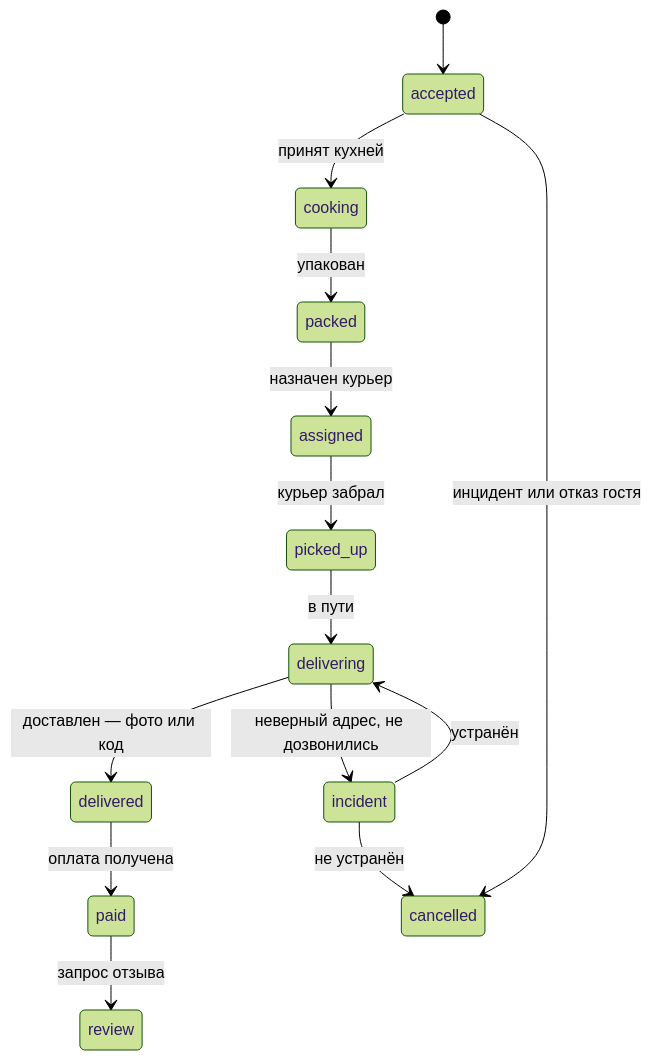
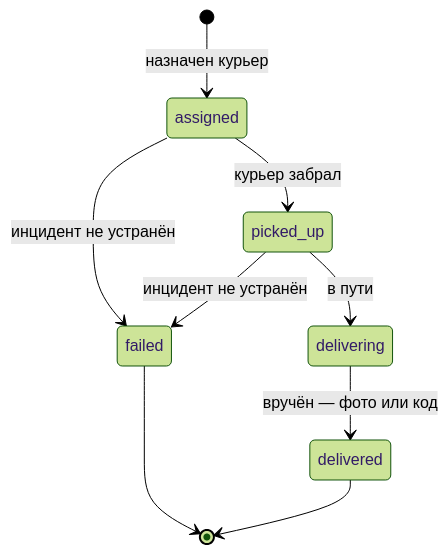
One commit to bestdeejay-design/lovii-crm changed the second of 2 diagrams in docs/research/components/05-delivery-couriers.md. Above: the diagram before and after it, drawn with Mermaid (forest theme). The commit also changed other lines of this file and 70 other files, not shown here.

````diff
--- a/docs/research/components/05-delivery-couriers.md
+++ b/docs/research/components/05-delivery-couriers.md
@@ -14,16 +29,11 @@
 ```mermaid
 stateDiagram-v2
-    [*] --> accepted
-    accepted --> cooking: принят кухней
-    cooking --> packed: упакован
-    packed --> assigned: назначен курьер
-    assigned --> picked_up: курьер забрал
-    picked_up --> delivering: в пути
-    delivering --> delivered: доставлен — фото или код
-    delivered --> paid: оплата получена
-    paid --> review: запрос отзыва
-    accepted --> cancelled: инцидент или отказ гостя
-    delivering --> incident: неверный адрес, не дозвонились
-    incident --> delivering: устранён
-    incident --> cancelled: не устранён
+    [*] --> assigned : назначен курьер
+    assigned --> picked_up : курьер забрал
+    picked_up --> delivering : в пути
+    delivering --> delivered : вручён — фото или код
+    assigned --> failed : инцидент не устранён
+    picked_up --> failed : инцидент не устранён
+    failed --> [*]
+    delivered --> [*]
 ```
````
